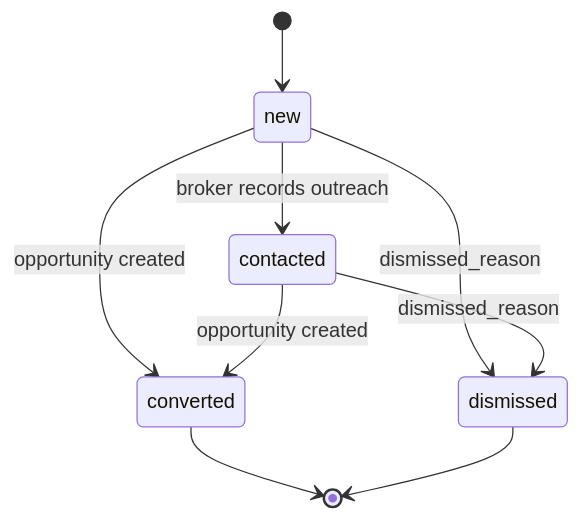
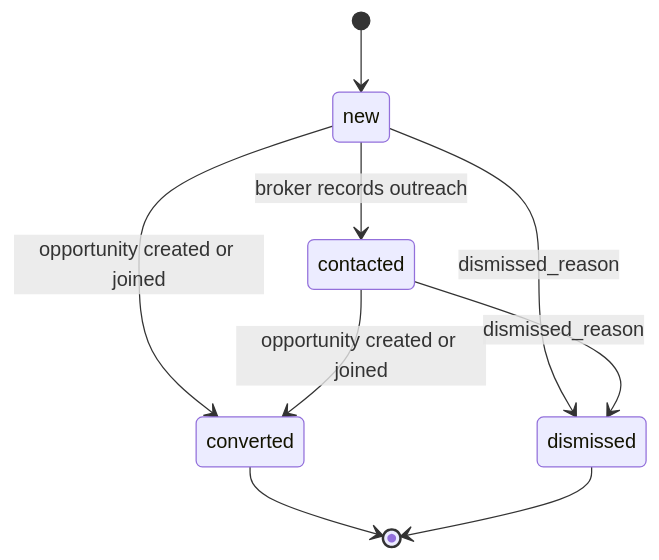
One commit to dreaminglory/retail_broker_CRM changed the tenth of 15 diagrams in docs/domain-model.md. Above: the diagram before and after it, drawn with Mermaid. The commit also changed other lines of this file and 5 other files, not shown here.

````diff
--- a/docs/domain-model.md
+++ b/docs/domain-model.md
@@ -517,11 +517,11 @@
 ```mermaid
 stateDiagram-v2
   [*] --> new
   new --> contacted : broker records outreach
-  new --> converted : opportunity created
-  contacted --> converted : opportunity created
+  new --> converted : opportunity created or joined
+  contacted --> converted : opportunity created or joined
   new --> dismissed : dismissed_reason
   contacted --> dismissed : dismissed_reason
   converted --> [*]
   dismissed --> [*]
 ```
````
